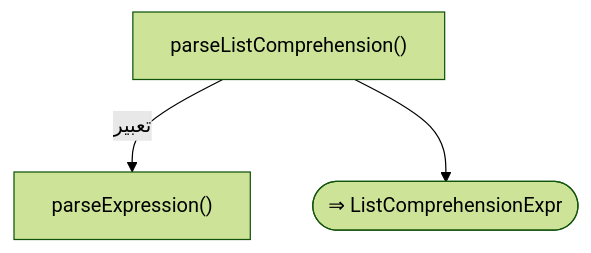
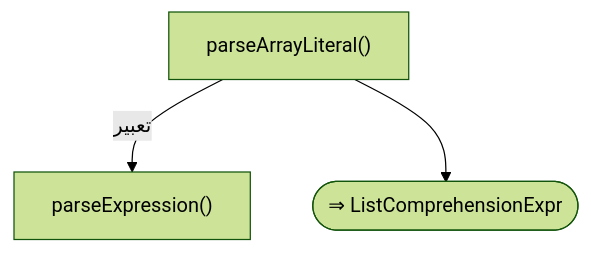
Before and after one commit to sadlang/sadlang: diagram 24 of 55 in docs/parser_rule/_generated/60_advanced.md, drawn with Mermaid (forest theme). The commit also changed other lines of this file and 283 other files, not shown here.

````diff
--- a/docs/parser_rule/_generated/60_advanced.md
+++ b/docs/parser_rule/_generated/60_advanced.md
@@ -791,8 +792,8 @@
 ```mermaid
 flowchart TD
-  f1["parseListComprehension()"]
+  f1["parseArrayLiteral()"]
   f2["parseExpression()"]
   f1 -- "تعبير" --> f2
   f3(["⇒ ListComprehensionExpr"])
   f1 --> f3
 ```
````
